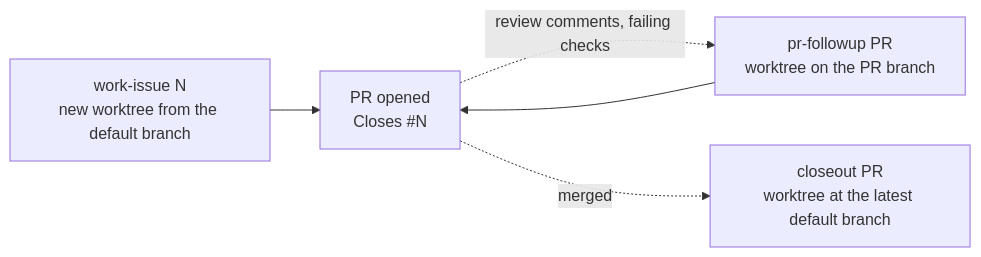
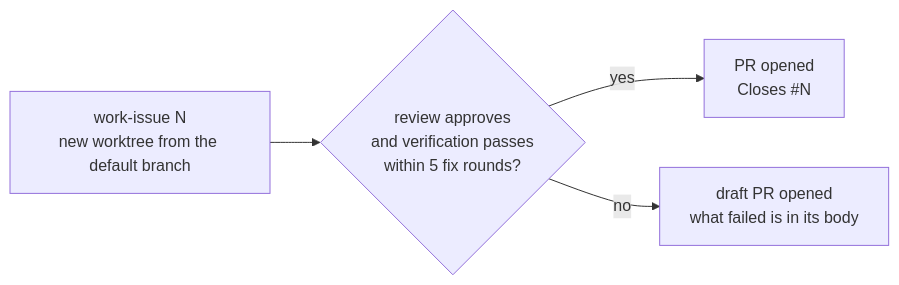
The diagram in workflows/issue-team/README.md (Viaanix/number-5), drawn with Mermaid before and after one commit. The commit also changed other lines of this file and 34 other files, not shown here.

First line of the commit message:
Run issue-team on native Pi agents, work-issue only (checkpoint)

````diff
--- a/workflows/issue-team/README.md
+++ b/workflows/issue-team/README.md
@@ -5,7 +5,6 @@
 ```mermaid
 flowchart LR
-  W["work-issue N<br/>new worktree from the default branch"] --> P["PR opened<br/>Closes #N"]
-  P -.review comments, failing checks.-> F["pr-followup PR<br/>worktree on the PR branch"]
-  F --> P
-  P -.merged.-> C["closeout PR<br/>worktree at the latest default branch"]
+  W["work-issue N<br/>new worktree from the default branch"] --> R{"review approves<br/>and verification passes<br/>within 5 fix rounds?"}
+  R -->|yes| P["PR opened<br/>Closes #N"]
+  R -->|no| D["draft PR opened<br/>what failed is in its body"]
 ```
````
